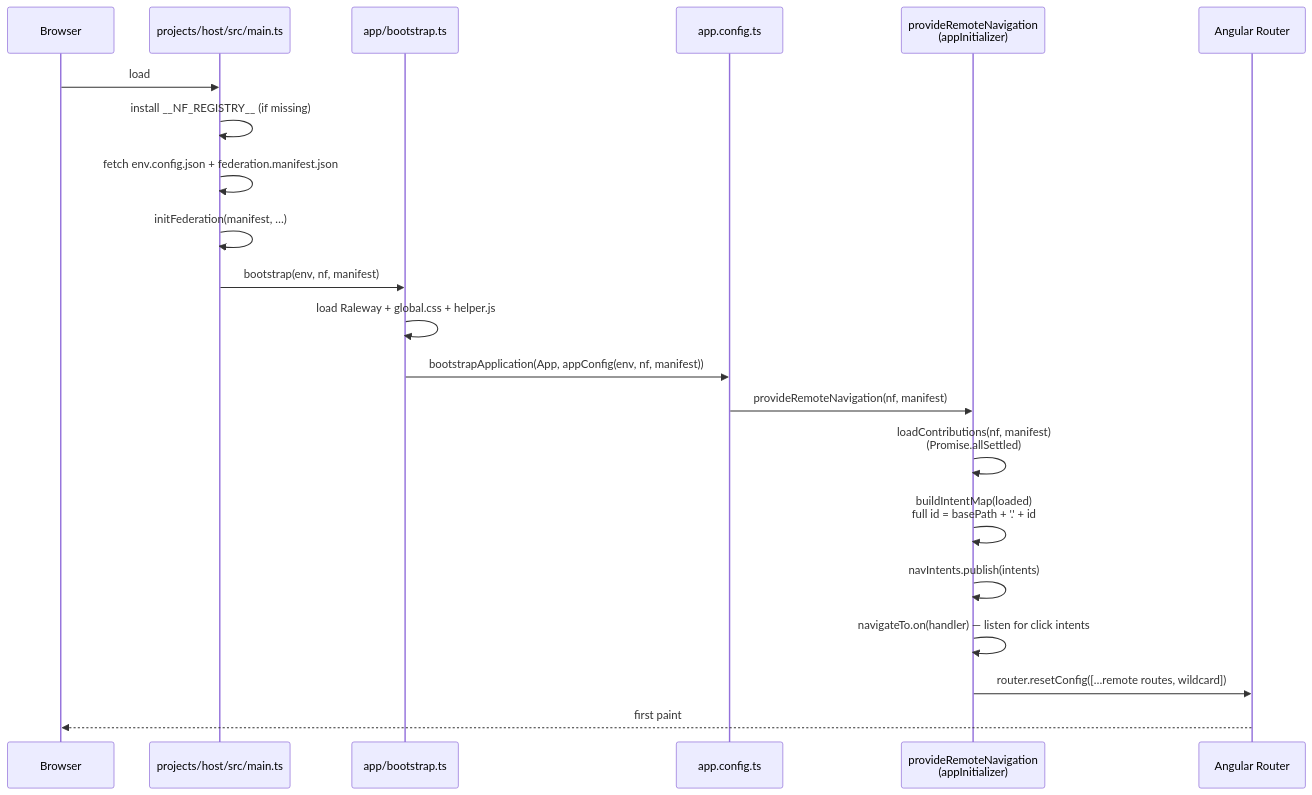
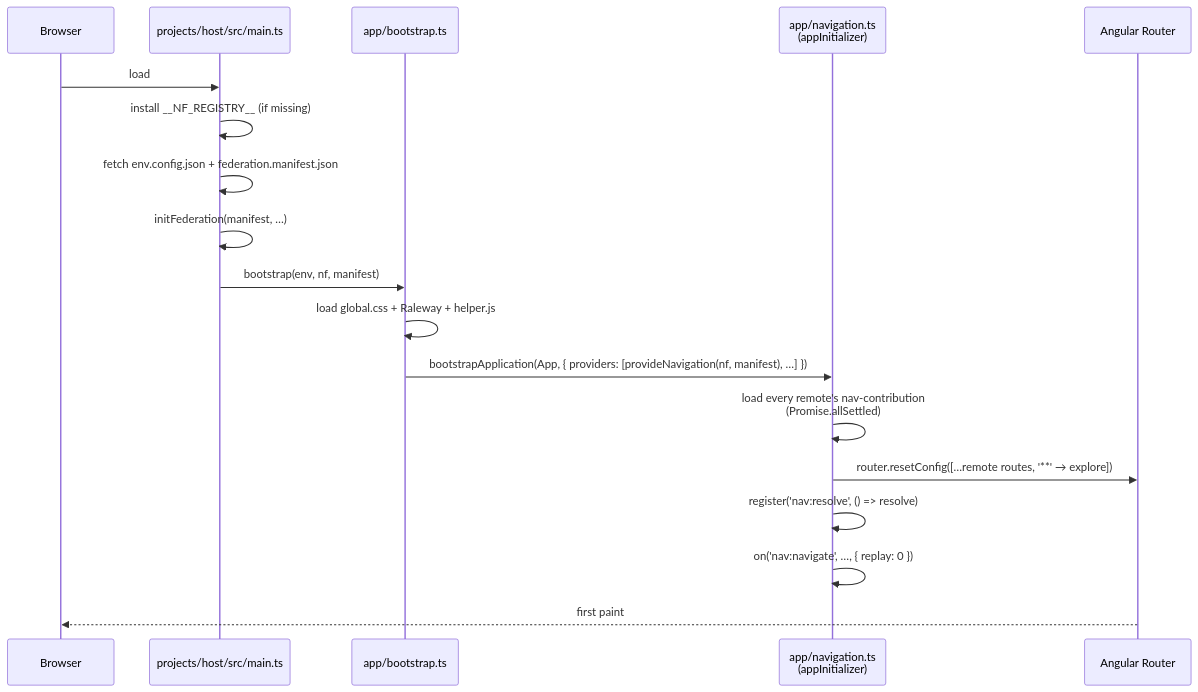
The fourth of 4 diagrams in angular/tractor-store/docs/architecture.md (native-federation/playground), drawn with Mermaid before and after one commit. The commit also changed other lines of this file, not shown here.

Commit message:
docs(tractor-store): update architecture.md for per-app flow and contracts

````diff
--- a/angular/tractor-store/docs/architecture.md
+++ b/angular/tractor-store/docs/architecture.md
@@ -372,24 +380,21 @@
 ```mermaid
 sequenceDiagram
     participant Browser
     participant Main as projects/host/src/main.ts
     participant Boot as app/bootstrap.ts
-    participant AppCfg as app.config.ts
-    participant Init as provideRemoteNavigation<br/>(appInitializer)
+    participant Nav as app/navigation.ts<br/>(appInitializer)
     participant Router as Angular Router
 
     Browser->>Main: load
     Main->>Main: install __NF_REGISTRY__ (if missing)
     Main->>Main: fetch env.config.json + federation.manifest.json
     Main->>Main: initFederation(manifest, …)
     Main->>Boot: bootstrap(env, nf, manifest)
-    Boot->>Boot: load Raleway + global.css + helper.js
-    Boot->>AppCfg: bootstrapApplication(App, appConfig(env, nf, manifest))
-    AppCfg->>Init: provideRemoteNavigation(nf, manifest)
-    Init->>Init: loadContributions(nf, manifest)<br/>(Promise.allSettled)
-    Init->>Init: buildIntentMap(loaded)<br/>full id = basePath + '.' + id
-    Init->>Init: navIntents.publish(intents)
-    Init->>Init: navigateTo.on(handler) — listen for click intents
-    Init->>Router: router.resetConfig([…remote routes, wildcard])
+    Boot->>Boot: load global.css + Raleway + helper.js
+    Boot->>Nav: bootstrapApplication(App, { providers: [provideNavigation(nf, manifest), …] })
+    Nav->>Nav: load every remote's nav-contribution<br/>(Promise.allSettled)
+    Nav->>Router: router.resetConfig([…remote routes, '**' → explore])
+    Nav->>Nav: register('nav:resolve', () => resolve)
+    Nav->>Nav: on('nav:navigate', …, { replay: 0 })
     Router-->>Browser: first paint
 ```
````
